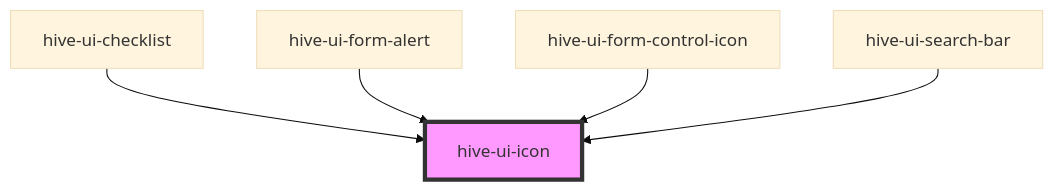
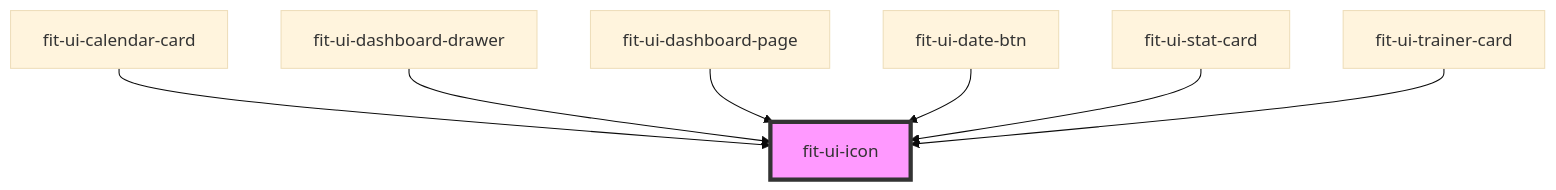
The diagram in libs/ui/src/components/icon/readme.md (sean-perkins/fitness-dashboard-prototype), drawn with Mermaid (base theme) before and after one commit. The commit also changed other lines of this file and 187 other files, not shown here.

````diff
--- a/libs/ui/src/components/icon/readme.md
+++ b/libs/ui/src/components/icon/readme.md
@@ -29,8 +31,10 @@
 ```mermaid
 graph TD;
-  hive-ui-checklist --> hive-ui-icon
-  hive-ui-form-alert --> hive-ui-icon
-  hive-ui-form-control-icon --> hive-ui-icon
-  hive-ui-search-bar --> hive-ui-icon
-  style hive-ui-icon fill:#f9f,stroke:#333,stroke-width:4px
+  fit-ui-calendar-card --> fit-ui-icon
+  fit-ui-dashboard-drawer --> fit-ui-icon
+  fit-ui-dashboard-page --> fit-ui-icon
+  fit-ui-date-btn --> fit-ui-icon
+  fit-ui-stat-card --> fit-ui-icon
+  fit-ui-trainer-card --> fit-ui-icon
+  style fit-ui-icon fill:#f9f,stroke:#333,stroke-width:4px
 ```
````
